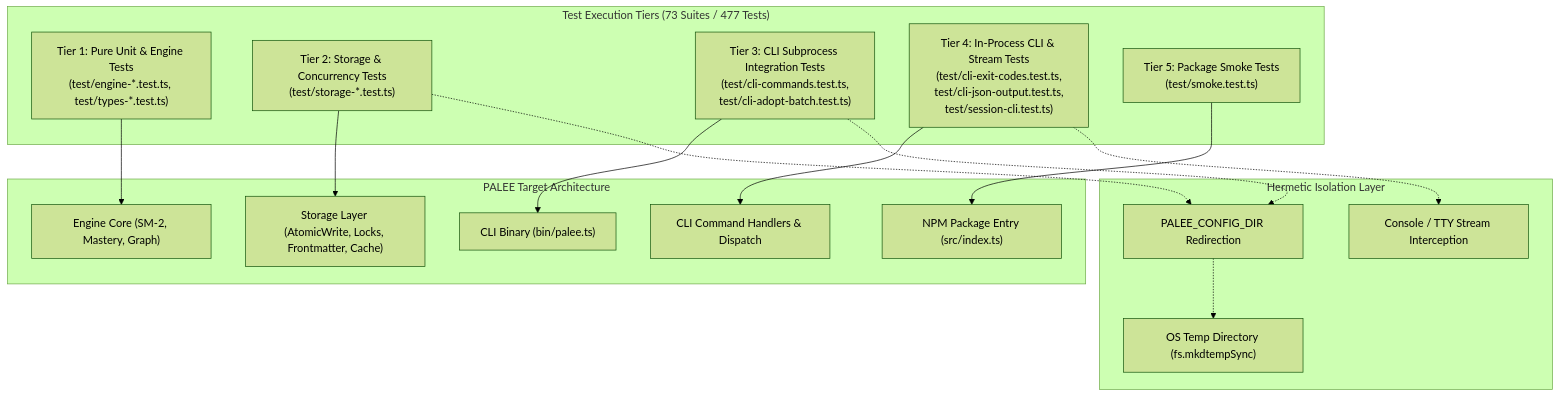
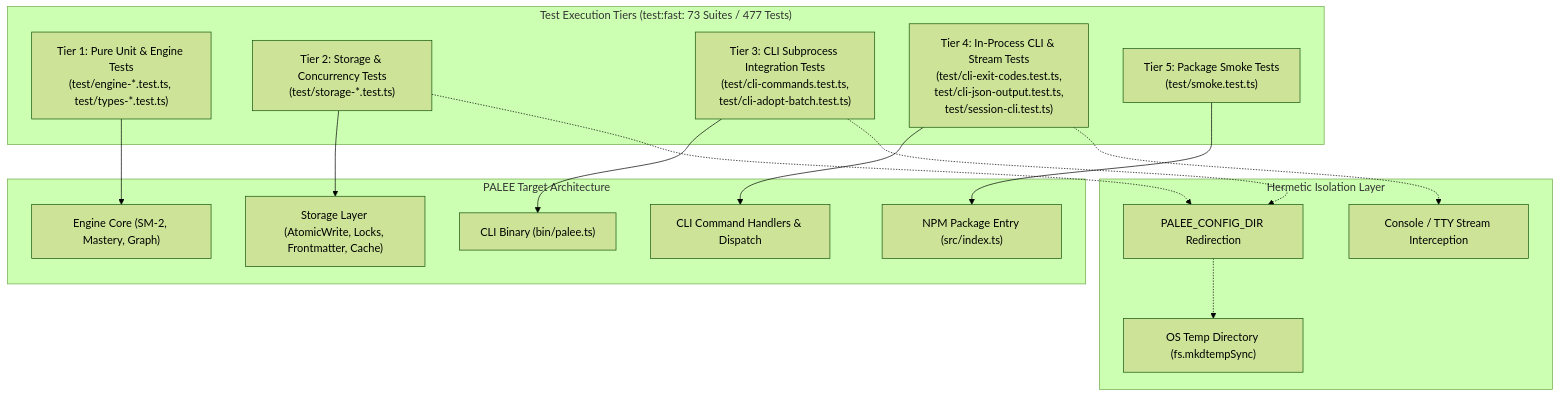
One commit to Kuldeep2822k/cli changed the diagram in docs/06-0-testing.md. Above: the diagram before and after it, drawn with Mermaid (forest theme). The commit also changed 1 other file, not shown here.

Commit message:
docs: clarify test:fast metrics in diagram and add exit code 1 to roadmap coverage

````diff
--- a/docs/06-0-testing.md
+++ b/docs/06-0-testing.md
@@ -119,34 +119,34 @@
 ```mermaid
 flowchart TD
     subgraph Isolation ["Hermetic Isolation Layer"]
         TempDir["OS Temp Directory (fs.mkdtempSync)"]
         EnvVar["PALEE_CONFIG_DIR Redirection"]
         StreamMock["Console / TTY Stream Interception"]
     end
 
-    subgraph TestTiers ["Test Execution Tiers (73 Suites / 477 Tests)"]
+    subgraph TestTiers ["Test Execution Tiers (test:fast: 73 Suites / 477 Tests)"]
         UT["Tier 1: Pure Unit & Engine Tests<br/>(test/engine-*.test.ts, test/types-*.test.ts)"]
         STG["Tier 2: Storage & Concurrency Tests<br/>(test/storage-*.test.ts)"]
         IT["Tier 3: CLI Subprocess Integration Tests<br/>(test/cli-commands.test.ts,<br/>test/cli-adopt-batch.test.ts)"]
         INP["Tier 4: In-Process CLI & Stream Tests<br/>(test/cli-exit-codes.test.ts,<br/>test/cli-json-output.test.ts,<br/>test/session-cli.test.ts)"]
         SMK["Tier 5: Package Smoke Tests<br/>(test/smoke.test.ts)"]
     end
 
     subgraph PALEE ["PALEE Target Architecture"]
         Engine["Engine Core (SM-2, Mastery, Graph)"]
         Storage["Storage Layer (AtomicWrite, Locks, Frontmatter, Cache)"]
         CLI["CLI Command Handlers & Dispatch"]
         Bin["CLI Binary (bin/palee.ts)"]
         Pkg["NPM Package Entry (src/index.ts)"]
     end
 
     UT --> Engine
     STG --> Storage
     STG -.-> EnvVar
     IT --> Bin
     IT -.-> EnvVar
     INP --> CLI
     INP -.-> StreamMock
     SMK --> Pkg
     EnvVar -.-> TempDir
 ```
````
